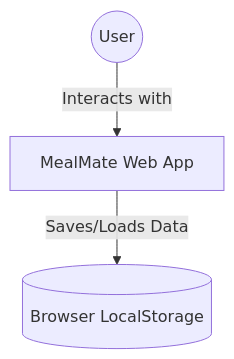
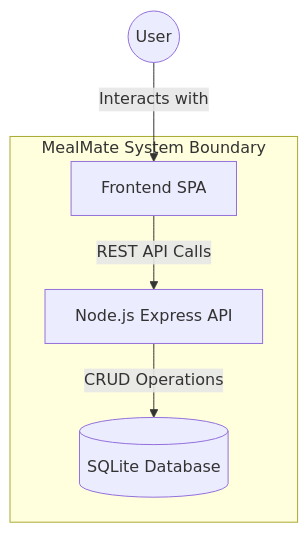
Before and after one commit to OmarIUBH/software-engineering-project: the first of 3 diagrams in docs/ARCHITECTURE.md, drawn with Mermaid. The commit also changed other lines of this file and 9 other files, not shown here.

Commit message:
Refine requirements, remove phase mentions, and update architecture for full-stack implementation

````diff
--- a/docs/ARCHITECTURE.md
+++ b/docs/ARCHITECTURE.md
@@ -6,9 +6,13 @@
 ```mermaid
 graph TD
     User((User))
-    MealMate[MealMate Web App]
-    LocalStorage[(Browser LocalStorage)]
+    subgraph "MealMate System Boundary"
+        Frontend[Frontend SPA]
+        Backend[Node.js Express API]
+        DB[(SQLite Database)]
+    end
 
-    User -->|Interacts with| MealMate
-    MealMate -->|Saves/Loads Data| LocalStorage
+    User -->|Interacts with| Frontend
+    Frontend -->|REST API Calls| Backend
+    Backend -->|CRUD Operations| DB
 ```
````
